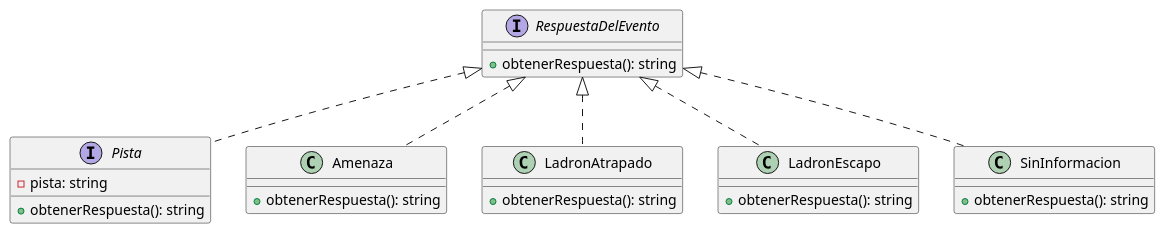
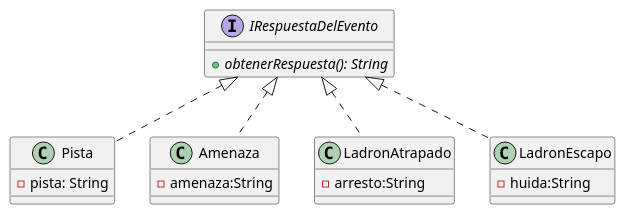
Before and after one commit to SeleneMartinez/Algo3_AlgoThief: the diagram in diagrams/classes/dc_respuestasDelEvento.puml, drawn with PlantUML. The commit also changed 2 other files, not shown here.

Commit message:
correccion dc_respuestasEvento, policia y ruta escape

```diff
--- a/diagrams/classes/dc_respuestasDelEvento.puml
+++ b/diagrams/classes/dc_respuestasDelEvento.puml
@@ -1,34 +1,33 @@
 @startuml
-interface Pista
+
+interface IRespuestaDelEvento
 {
-    - pista: string
-    + obtenerRespuesta(): string
+    + {abstract} obtenerRespuesta(): String
 }
 
-interface RespuestaDelEvento
+class Pista
 {
-   + obtenerRespuesta(): string
+    - pista: String
 }
+
 class Amenaza
 {
-    +obtenerRespuesta(): string
+    - amenaza:String
 }
+
 class LadronAtrapado
 {
-    +obtenerRespuesta(): string
+    - arresto:String
 }
+
 class LadronEscapo
 {
-    +obtenerRespuesta(): string
+    - huida:String
 }
-class SinInformacion
-{
-    +obtenerRespuesta(): string
-}
-RespuestaDelEvento <|.. Pista
-RespuestaDelEvento <|.. Amenaza
-RespuestaDelEvento <|.. LadronAtrapado
-RespuestaDelEvento <|.. LadronEscapo
-RespuestaDelEvento <|.. SinInformacion
+
+IRespuestaDelEvento <|.. Pista
+IRespuestaDelEvento <|.. Amenaza
+IRespuestaDelEvento <|.. LadronAtrapado
+IRespuestaDelEvento <|.. LadronEscapo
 
 @enduml
```
